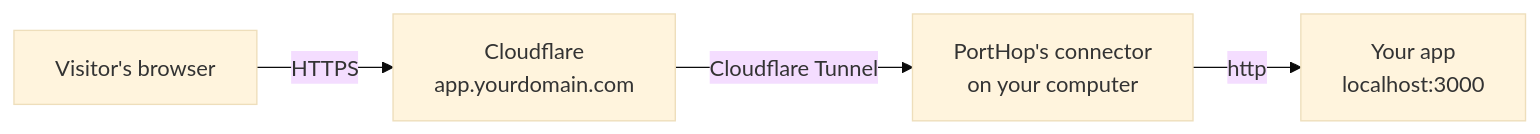
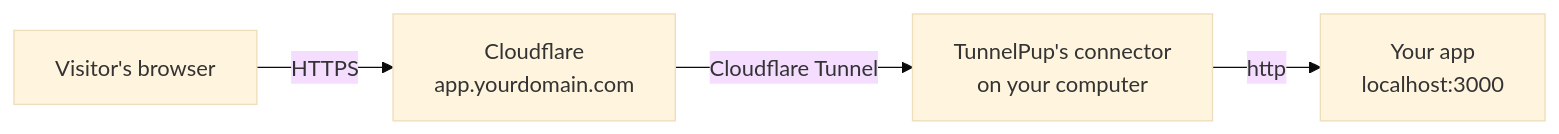
The diagram in README.md (mayankjonwal02/Tunnelpup), drawn with Mermaid (base theme) before and after one commit. The commit also changed other lines of this file and 40 other files, not shown here.

First line of the commit message:
Rename the product to TunnelPup

````diff
--- a/README.md
+++ b/README.md
@@ -88,6 +88,6 @@
 ```mermaid
 flowchart LR
     V["Visitor's browser"] -- "HTTPS" --> E["Cloudflare<br/>app.yourdomain.com"]
-    E -- "Cloudflare Tunnel" --> C["PortHop's connector<br/>on your computer"]
+    E -- "Cloudflare Tunnel" --> C["TunnelPup's connector<br/>on your computer"]
     C -- "http" --> A["Your app<br/>localhost:3000"]
 ```
````
